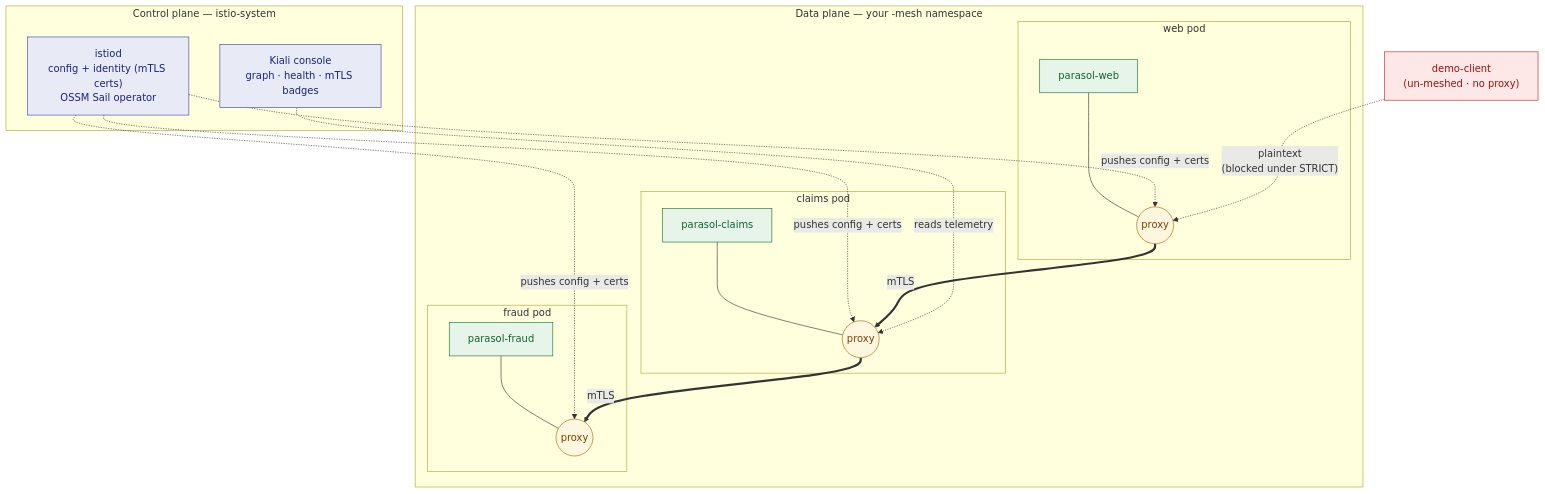
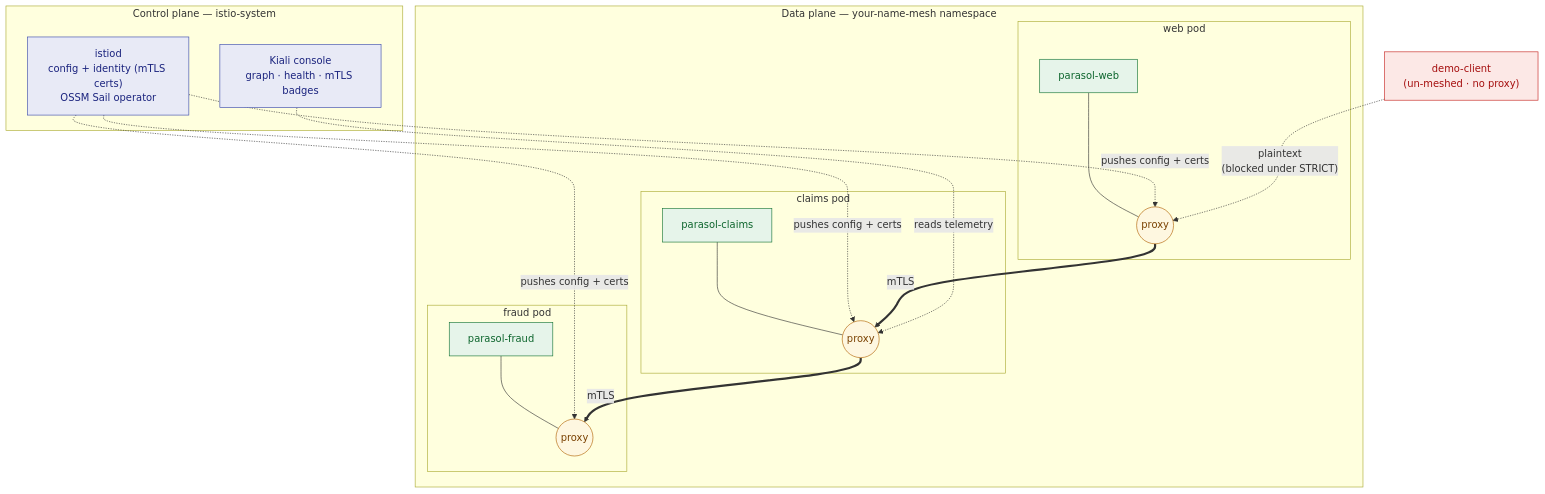
Before and after one commit to serhat-dirik/OCP-Getting-Started-Revamped: the diagram in content/modules/ROOT/examples/diagrams/service-mesh-advanced-gateways/01-mesh-architecture.mmd, drawn with Mermaid. The commit also changed 11 other files, not shown here.

First line of the commit message:
fix(content): convert the last diagrams to the house line-break and placeholder style

```diff
--- a/content/modules/ROOT/examples/diagrams/service-mesh-advanced-gateways/01-mesh-architecture.mmd
+++ b/content/modules/ROOT/examples/diagrams/service-mesh-advanced-gateways/01-mesh-architecture.mmd
@@ -1,29 +1,29 @@
 graph TB
   subgraph cp["Control plane — istio-system"]
     istiod["istiod<br/>config + identity (mTLS certs)<br/>OSSM Sail operator"]
     kiali["Kiali console<br/>graph · health · mTLS badges"]
   end
-  subgraph mesh["Data plane — your -mesh namespace"]
+  subgraph mesh["Data plane — your-name-mesh namespace"]
     subgraph webpod["web pod"]
       web["parasol-web"] --- wsc(("proxy"))
     end
     subgraph claimspod["claims pod"]
       claims["parasol-claims"] --- csc(("proxy"))
     end
     subgraph fraudpod["fraud pod"]
       fraud["parasol-fraud"] --- fsc(("proxy"))
     end
   end
   client["demo-client<br/>(un-meshed · no proxy)"]
   istiod -.->|"pushes config + certs"| wsc
   istiod -.->|"pushes config + certs"| csc
   istiod -.->|"pushes config + certs"| fsc
   wsc ==>|"mTLS"| csc
   csc ==>|"mTLS"| fsc
   client -.->|"plaintext<br/>(blocked under STRICT)"| wsc
   kiali -.->|"reads telemetry"| csc
   classDef cp fill:#e8eaf6,stroke:#3949ab,color:#1a237e;
   classDef app fill:#e6f4ea,stroke:#137333,color:#0d652d;
   classDef proxy fill:#fef7e0,stroke:#b06000,color:#7a4100;
   classDef ext fill:#fce8e6,stroke:#c5221f,color:#a50e0e;
   class istiod,kiali cp; class web,claims,fraud app; class wsc,csc,fsc proxy; class client ext;
```
